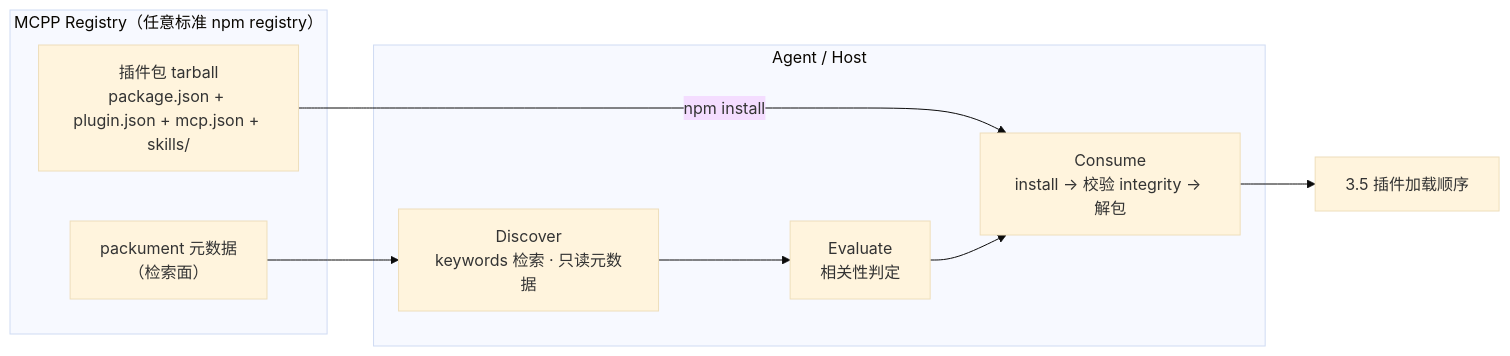
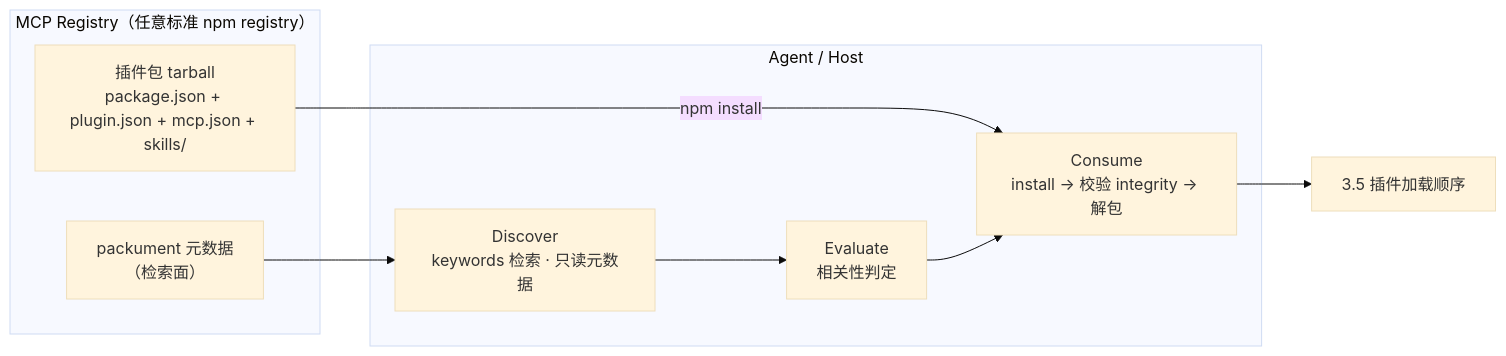
One commit to KonghaYao/peri-studio changed diagram 11 of 15 in MCPP.md. Above: the diagram before and after it, drawn with Mermaid (base theme). The commit also changed other lines of this file, not shown here.

First line of the commit message:
docs(MCPP): 顶层特性以 MCP 前缀命名并修正评审张力

````diff
--- a/MCPP.md
+++ b/MCPP.md
@@ -499,16 +499,16 @@
 ```mermaid
 flowchart LR
-    subgraph REG["MCPP Registry（任意标准 npm registry）"]
+    subgraph REG["MCP Registry（任意标准 npm registry）"]
         PACK["packument 元数据<br/>（检索面）"]
         PKG["插件包 tarball<br/>package.json + plugin.json + mcp.json + skills/"]
     end
     subgraph AGT["Agent / Host"]
         D["Discover<br/>keywords 检索 · 只读元数据"]
         E["Evaluate<br/>相关性判定"]
         C["Consume<br/>install → 校验 integrity → 解包"]
     end
     PACK --> D
     PKG -->|"npm install"| C
     D --> E --> C
     C --> L["3.5 插件加载顺序"]
 ```
````
